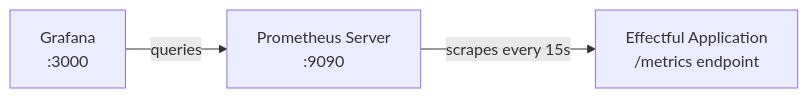
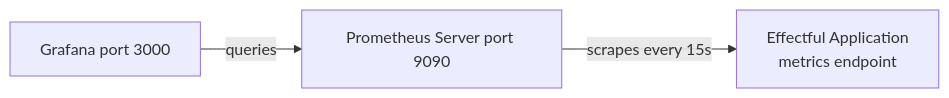
One commit to Tuee22/effectful changed the diagram in documents/tutorials/13_prometheus_setup.md. Above: the diagram before and after it, drawn with Mermaid. The commit also changed other lines of this file and 80 other files, not shown here.

````diff
--- a/documents/tutorials/13_prometheus_setup.md
+++ b/documents/tutorials/13_prometheus_setup.md
@@ -29,9 +29,9 @@
 ```mermaid
 flowchart LR
-    App[Effectful Application<br/>/metrics endpoint]
-    Prometheus[Prometheus Server<br/>:9090]
-    Grafana[Grafana<br/>:3000]
+    App[Effectful Application<br/>metrics endpoint]
+    Prometheus[Prometheus Server port 9090]
+    Grafana[Grafana port 3000]
 
     Prometheus -->|scrapes every 15s| App
     Grafana -->|queries| Prometheus
 ```
````
